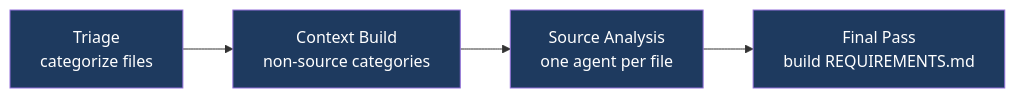
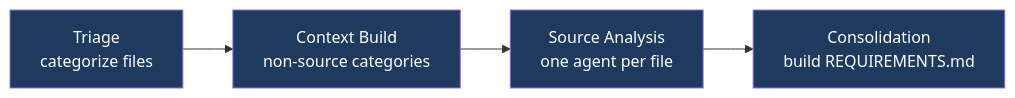
The first of 2 diagrams in README.md (TylerJPresley/voidrift), drawn with Mermaid before and after one commit. The commit also changed other lines of this file and 201 other files, not shown here.

````diff
--- a/README.md
+++ b/README.md
@@ -269,8 +346,8 @@
 ```mermaid
 flowchart LR
-    T[Triage\ncategorize files] --> C[Context Build\nnon-source categories] --> A[Source Analysis\none agent per file] --> F[Final Pass\nbuild REQUIREMENTS.md]
+    T[Triage\ncategorize files] --> C[Context Build\nnon-source categories] --> A[Source Analysis\none agent per file] --> F[Consolidation\nbuild REQUIREMENTS.md]
     style T fill:#1e3a5f,color:#fff
     style C fill:#1e3a5f,color:#fff
     style A fill:#1e3a5f,color:#fff
     style F fill:#1e3a5f,color:#fff
 ```
````
